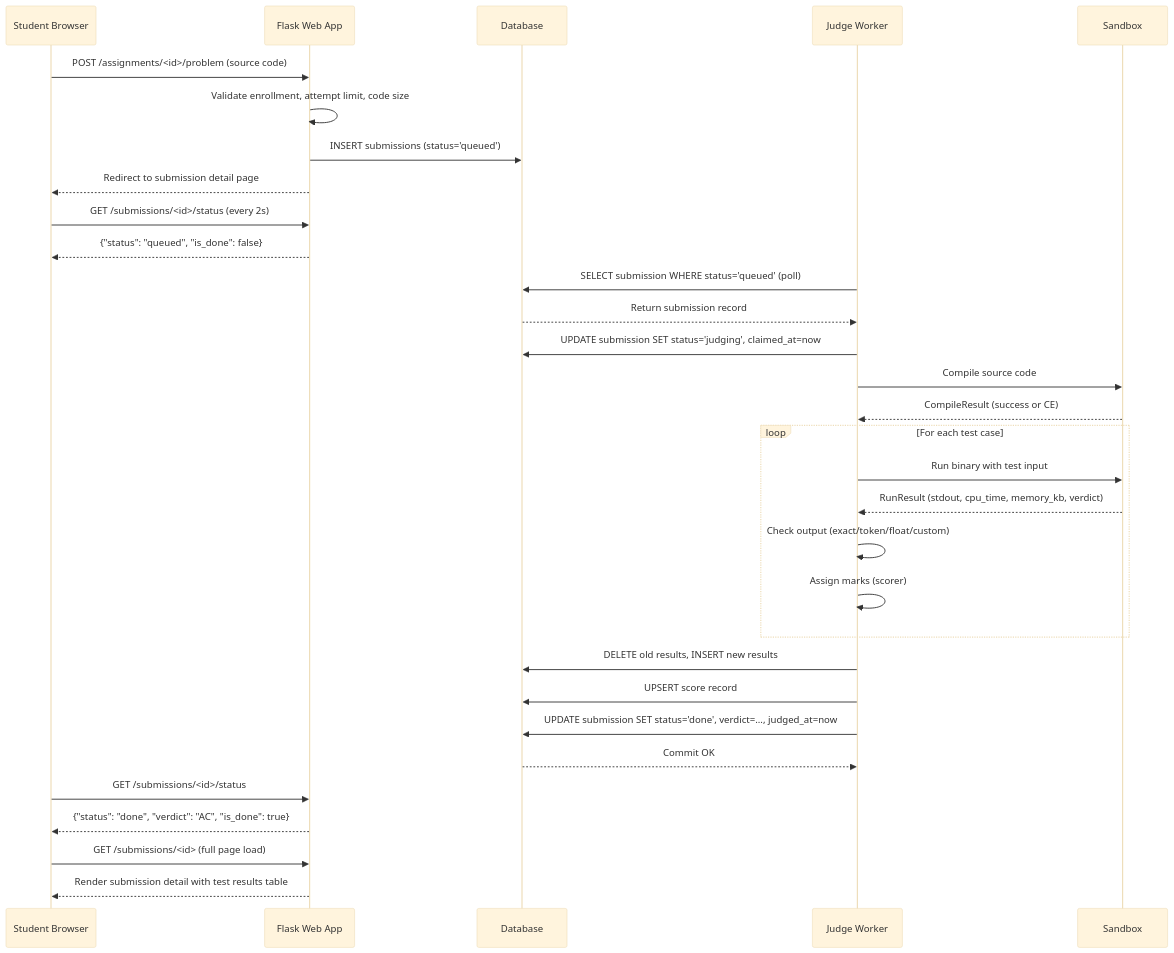
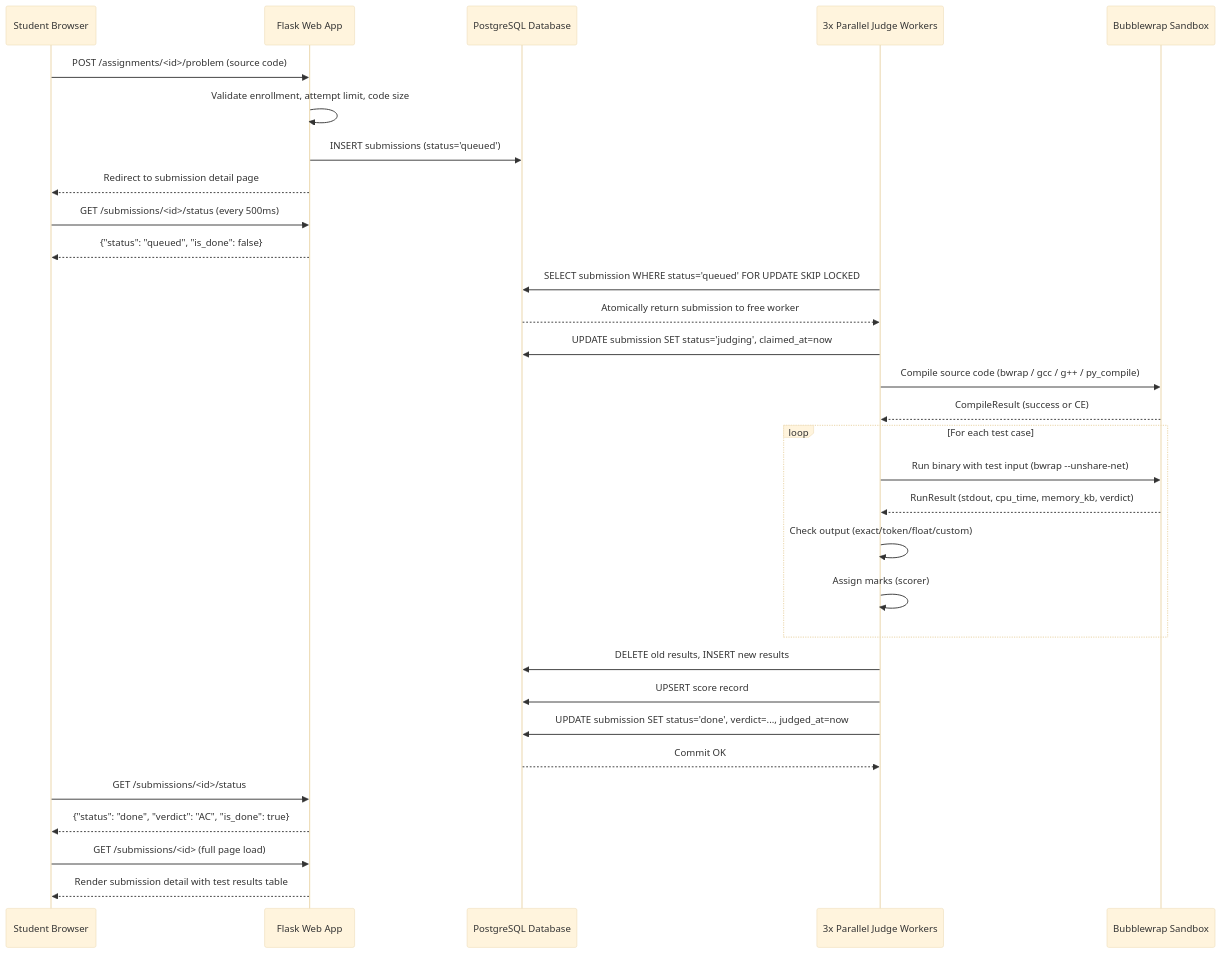
The third of 3 diagrams in fulldetail.md (abdulwahabqaisar7/PFLabJudge), drawn with Mermaid (base theme) before and after one commit. The commit also changed other lines of this file and 3 other files, not shown here.

````diff
--- a/fulldetail.md
+++ b/fulldetail.md
@@ -1435,40 +1440,40 @@
 ```mermaid
 sequenceDiagram
     participant S as Student Browser
     participant W as Flask Web App
-    participant DB as Database
-    participant JW as Judge Worker
-    participant SB as Sandbox
+    participant DB as PostgreSQL Database
+    participant JW as 3x Parallel Judge Workers
+    participant SB as Bubblewrap Sandbox
 
     S->>W: POST /assignments/<id>/problem (source code)
     W->>W: Validate enrollment, attempt limit, code size
     W->>DB: INSERT submissions (status='queued')
     W-->>S: Redirect to submission detail page
 
-    S->>W: GET /submissions/<id>/status (every 2s)
+    S->>W: GET /submissions/<id>/status (every 500ms)
     W-->>S: {"status": "queued", "is_done": false}
 
-    JW->>DB: SELECT submission WHERE status='queued' (poll)
-    DB-->>JW: Return submission record
+    JW->>DB: SELECT submission WHERE status='queued' FOR UPDATE SKIP LOCKED
+    DB-->>JW: Atomically return submission to free worker
     JW->>DB: UPDATE submission SET status='judging', claimed_at=now
 
-    JW->>SB: Compile source code
+    JW->>SB: Compile source code (bwrap / gcc / g++ / py_compile)
     SB-->>JW: CompileResult (success or CE)
 
     loop For each test case
-        JW->>SB: Run binary with test input
+        JW->>SB: Run binary with test input (bwrap --unshare-net)
         SB-->>JW: RunResult (stdout, cpu_time, memory_kb, verdict)
         JW->>JW: Check output (exact/token/float/custom)
         JW->>JW: Assign marks (scorer)
     end
 
     JW->>DB: DELETE old results, INSERT new results
     JW->>DB: UPSERT score record
     JW->>DB: UPDATE submission SET status='done', verdict=..., judged_at=now
     DB-->>JW: Commit OK
 
     S->>W: GET /submissions/<id>/status
     W-->>S: {"status": "done", "verdict": "AC", "is_done": true}
     S->>W: GET /submissions/<id> (full page load)
     W-->>S: Render submission detail with test results table
 ```
````
